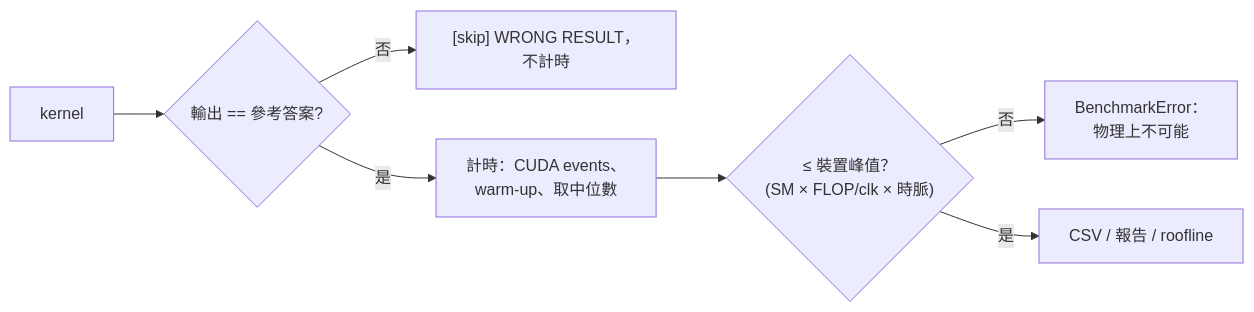
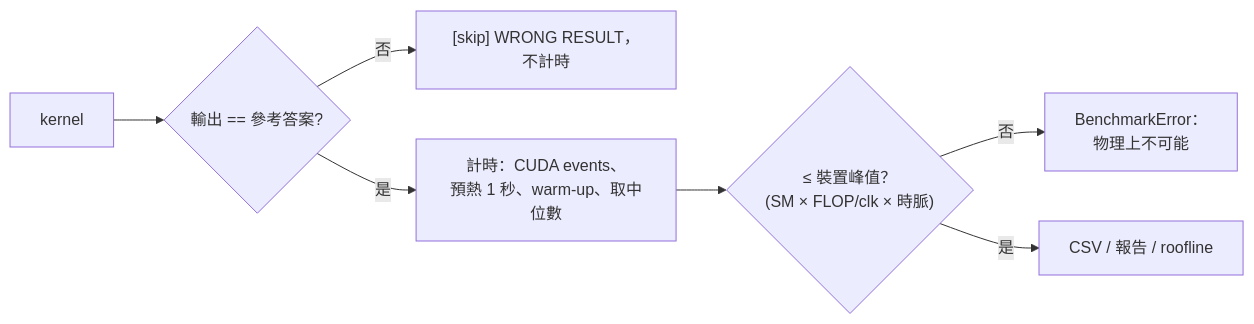
One commit to boson316/RTX3050-GPU-Mastery changed the diagram in README.zh-TW.md. Above: the diagram before and after it, drawn with Mermaid. The commit also changed other lines of this file and 15 other files, not shown here.

````diff
--- a/README.zh-TW.md
+++ b/README.zh-TW.md
@@ -35,9 +35,9 @@
 ```mermaid
 flowchart LR
     K[kernel] --> V{輸出 == 參考答案?}
     V -- 否 --> X["[skip] WRONG RESULT，不計時"]
-    V -- 是 --> T["計時：CUDA events、<br/>warm-up、取中位數"]
+    V -- 是 --> T["計時：CUDA events、<br/>預熱 1 秒、warm-up、取中位數"]
     T --> P{"≤ 裝置峰值？<br/>(SM × FLOP/clk × 時脈)"}
     P -- 否 --> Y["BenchmarkError：<br/>物理上不可能"]
     P -- 是 --> R[CSV / 報告 / roofline]
 ```
````
